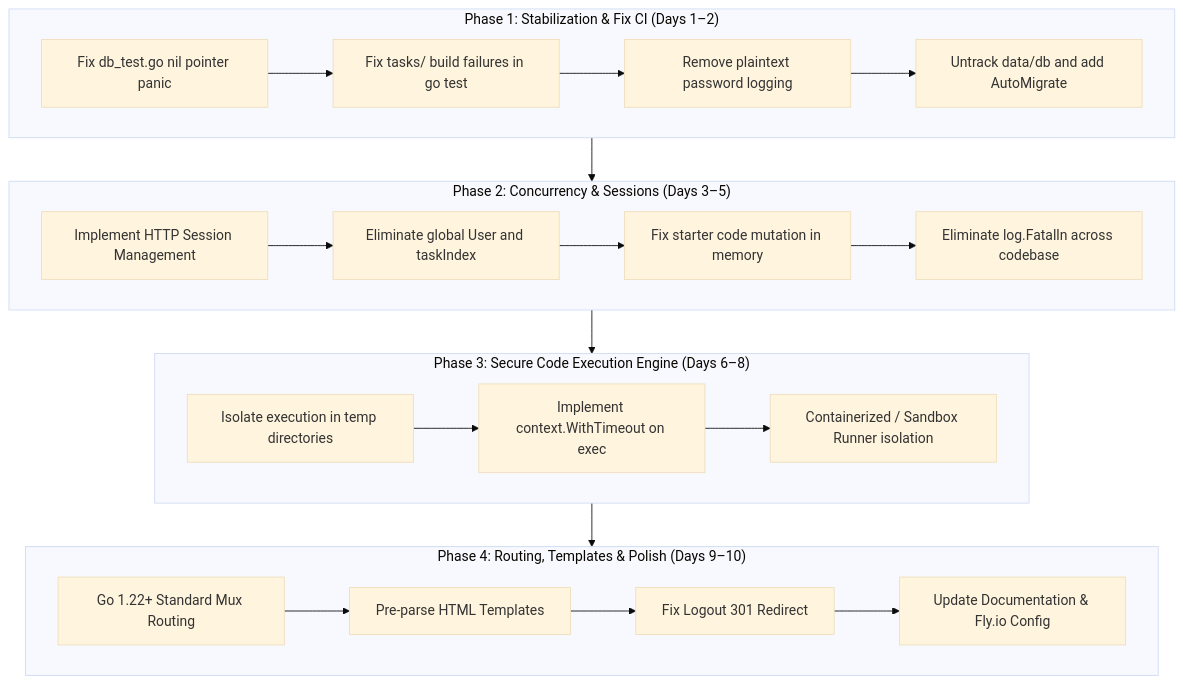
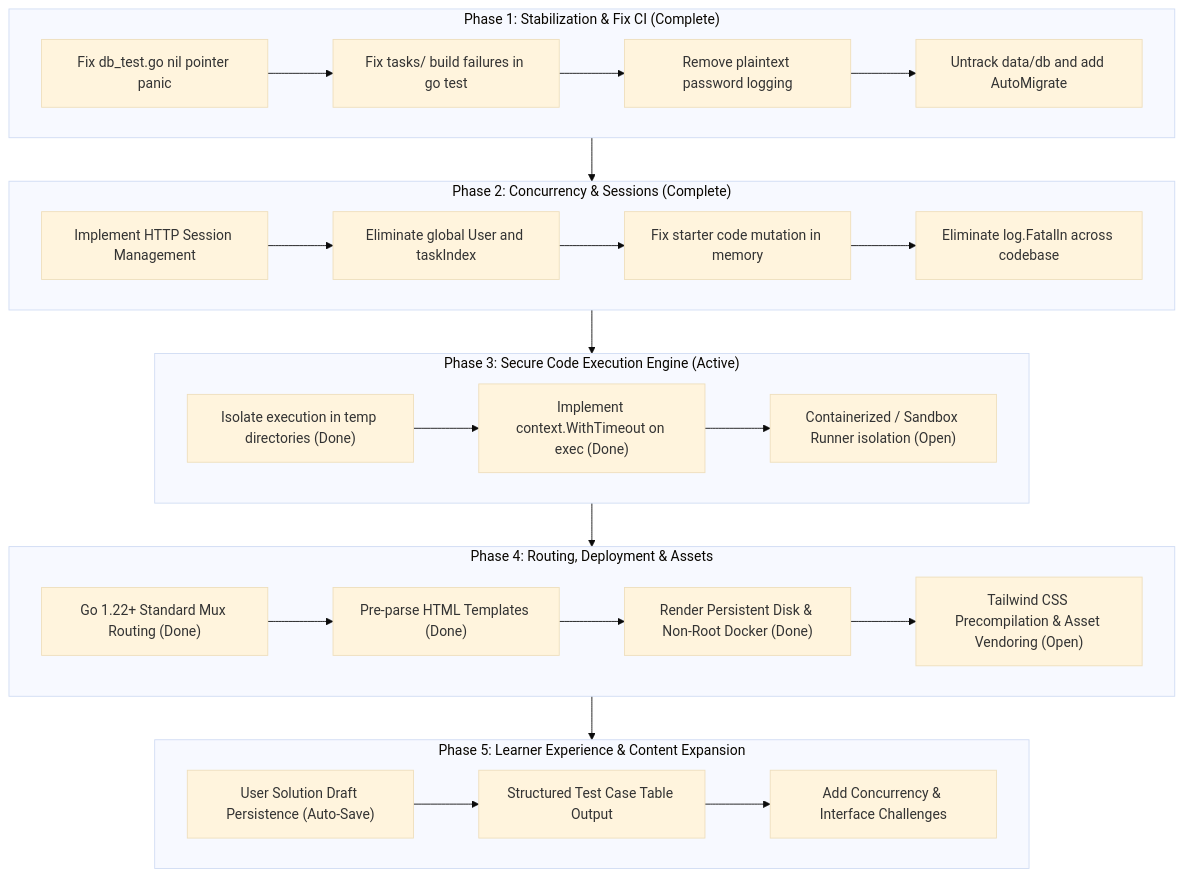
The diagram in ISSUES.md (Carter907/go-solve), drawn with Mermaid (base theme) before and after one commit. The commit also changed other lines of this file and 5 other files, not shown here.

First line of the commit message:
feat(docker): implement SEC-04 non-root execution and migrate deployment to Render

````diff
--- a/ISSUES.md
+++ b/ISSUES.md
@@ -243,35 +203,42 @@
 ```mermaid
 flowchart TD
-    subgraph Phase1["Phase 1: Stabilization & Fix CI (Days 1–2)"]
+    subgraph Phase1["Phase 1: Stabilization & Fix CI (Complete)"]
         P1A["Fix db_test.go nil pointer panic"]
         P1B["Fix tasks/ build failures in go test"]
         P1C["Remove plaintext password logging"]
         P1D["Untrack data/db and add AutoMigrate"]
         P1A --> P1B --> P1C --> P1D
     end
 
-    subgraph Phase2["Phase 2: Concurrency & Sessions (Days 3–5)"]
+    subgraph Phase2["Phase 2: Concurrency & Sessions (Complete)"]
         P2A["Implement HTTP Session Management"]
         P2B["Eliminate global User and taskIndex"]
         P2C["Fix starter code mutation in memory"]
         P2D["Eliminate log.Fatalln across codebase"]
         P2A --> P2B --> P2C --> P2D
     end
 
-    subgraph Phase3["Phase 3: Secure Code Execution Engine (Days 6–8)"]
-        P3A["Isolate execution in temp directories"]
-        P3B["Implement context.WithTimeout on exec"]
-        P3C["Containerized / Sandbox Runner isolation"]
+    subgraph Phase3["Phase 3: Secure Code Execution Engine (Active)"]
+        P3A["Isolate execution in temp directories (Done)"]
+        P3B["Implement context.WithTimeout on exec (Done)"]
+        P3C["Containerized / Sandbox Runner isolation (Open)"]
         P3A --> P3B --> P3C
     end
 
-    subgraph Phase4["Phase 4: Routing, Templates & Polish (Days 9–10)"]
-        P4A["Go 1.22+ Standard Mux Routing"]
-        P4B["Pre-parse HTML Templates"]
-        P4C["Fix Logout 301 Redirect"]
-        P4D["Update Documentation & Fly.io Config"]
+    subgraph Phase4["Phase 4: Routing, Deployment & Assets"]
+        P4A["Go 1.22+ Standard Mux Routing (Done)"]
+        P4B["Pre-parse HTML Templates (Done)"]
+        P4C["Render Persistent Disk & Non-Root Docker (Done)"]
+        P4D["Tailwind CSS Precompilation & Asset Vendoring (Open)"]
         P4A --> P4B --> P4C --> P4D
     end
 
-    Phase1 --> Phase2 --> Phase3 --> Phase4
+    subgraph Phase5["Phase 5: Learner Experience & Content Expansion"]
+        P5A["User Solution Draft Persistence (Auto-Save)"]
+        P5B["Structured Test Case Table Output"]
+        P5C["Add Concurrency & Interface Challenges"]
+        P5A --> P5B --> P5C
+    end
+
+    Phase1 --> Phase2 --> Phase3 --> Phase4 --> Phase5
 ```
````
